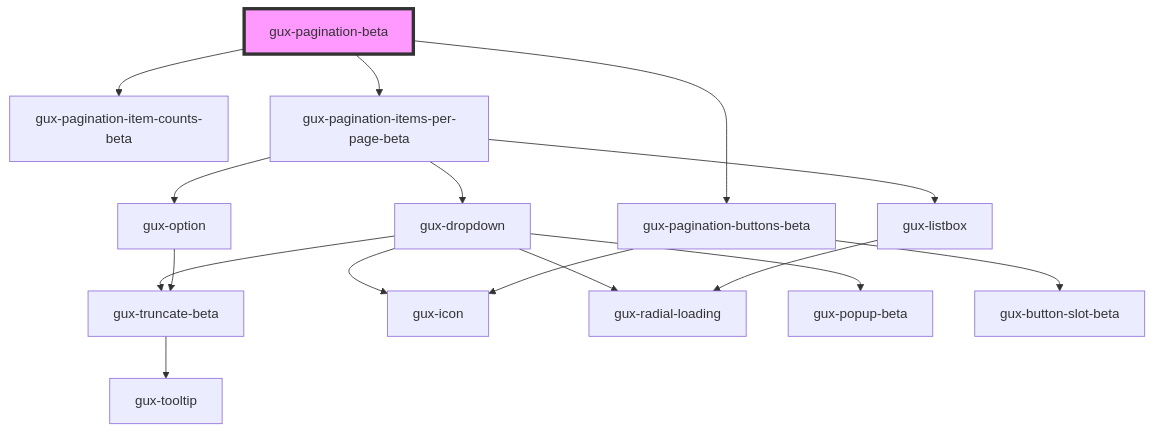
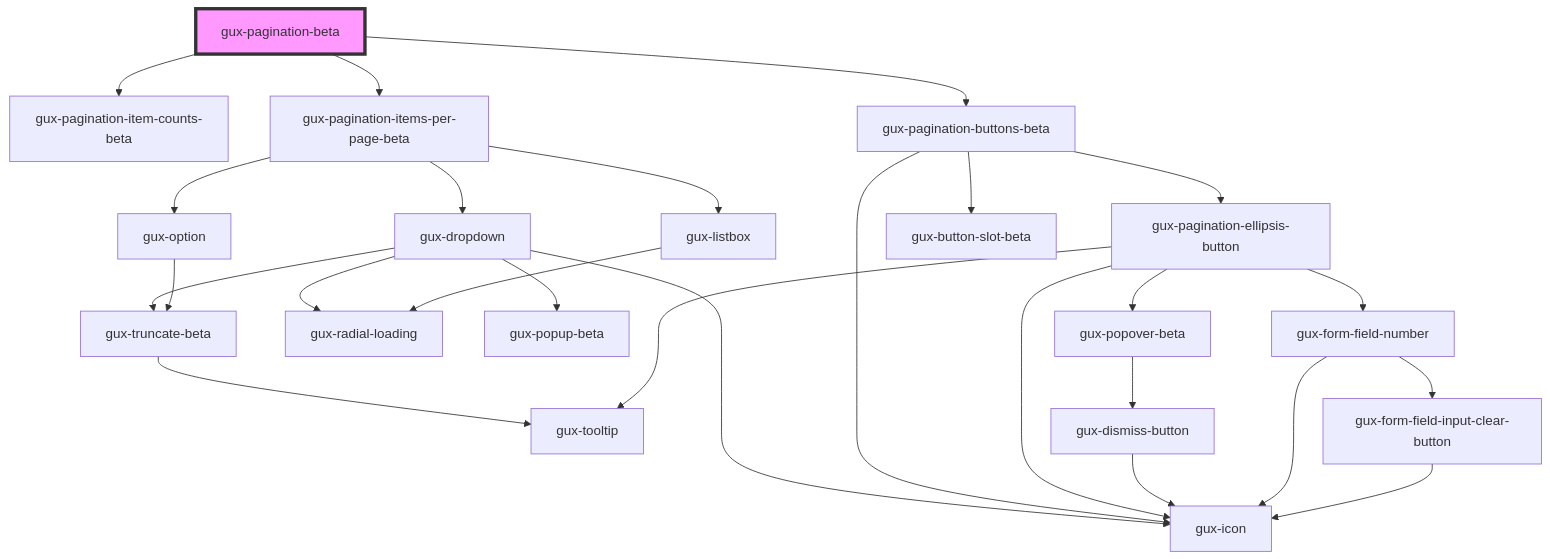
Before and after one commit to MyPureCloud/genesys-spark: the diagram in packages/genesys-spark-components/src/components/beta/gux-pagination-beta/readme.md, drawn with Mermaid. The commit also changed 17 other files, not shown here.

First line of the commit message:
feat(pagination-beta): addition of new pagination features

````diff
--- a/packages/genesys-spark-components/src/components/beta/gux-pagination-beta/readme.md
+++ b/packages/genesys-spark-components/src/components/beta/gux-pagination-beta/readme.md
@@ -41,19 +41,29 @@
 ```mermaid
 graph TD;
   gux-pagination-beta --> gux-pagination-item-counts-beta
   gux-pagination-beta --> gux-pagination-items-per-page-beta
   gux-pagination-beta --> gux-pagination-buttons-beta
   gux-pagination-items-per-page-beta --> gux-dropdown
   gux-pagination-items-per-page-beta --> gux-listbox
   gux-pagination-items-per-page-beta --> gux-option
   gux-dropdown --> gux-truncate-beta
   gux-dropdown --> gux-icon
   gux-dropdown --> gux-radial-loading
   gux-dropdown --> gux-popup-beta
   gux-truncate-beta --> gux-tooltip
   gux-listbox --> gux-radial-loading
   gux-option --> gux-truncate-beta
+  gux-pagination-buttons-beta --> gux-pagination-ellipsis-button
   gux-pagination-buttons-beta --> gux-button-slot-beta
   gux-pagination-buttons-beta --> gux-icon
+  gux-pagination-ellipsis-button --> gux-icon
+  gux-pagination-ellipsis-button --> gux-tooltip
+  gux-pagination-ellipsis-button --> gux-popover-beta
+  gux-pagination-ellipsis-button --> gux-form-field-number
+  gux-popover-beta --> gux-dismiss-button
+  gux-dismiss-button --> gux-icon
+  gux-form-field-number --> gux-form-field-input-clear-button
+  gux-form-field-number --> gux-icon
+  gux-form-field-input-clear-button --> gux-icon
   style gux-pagination-beta fill:#f9f,stroke:#333,stroke-width:4px
 ```
````
